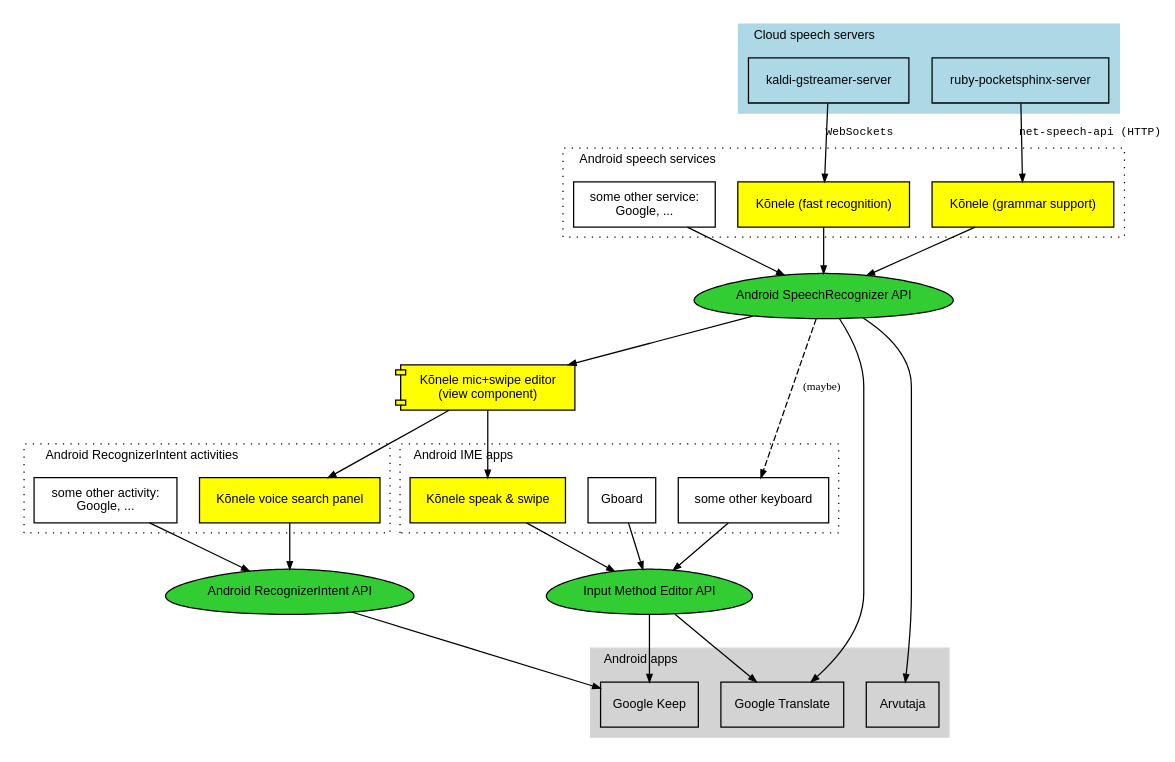
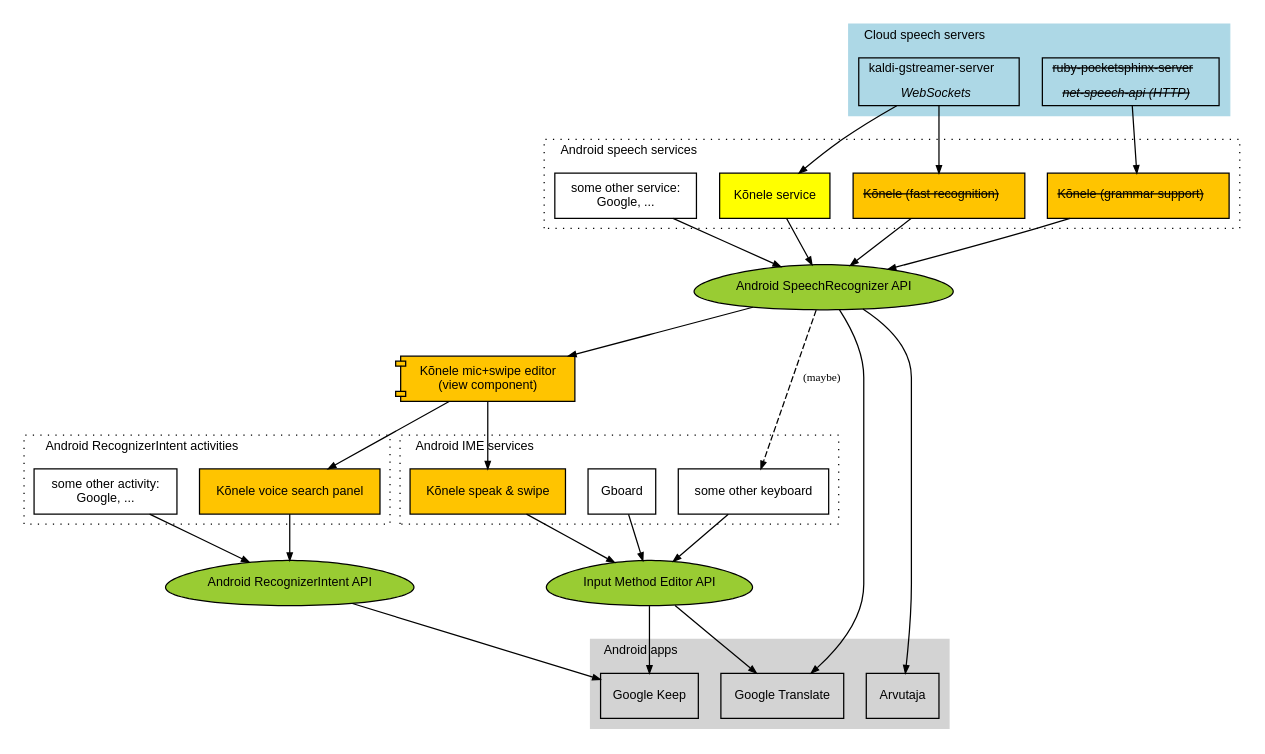
One commit to Kaljurand/K6nele changed the diagram in docs/components.dot. Above: the diagram before and after it, drawn with Graphviz. The commit also changed 2 other files, not shown here.

Commit message:
Update README + diagram with "Kõnele service"

```diff
--- a/docs/components.dot
+++ b/docs/components.dot
@@ -1,86 +1,89 @@
 /**
  *
  * @author Kaarel Kaljurand
  * @version 2015-08-29
  */
 
 digraph G {
 
     graph [style="dotted", fontsize=10 fontname="Helvetica"];
     node [shape="box", fontsize=10 fontname="Helvetica"];
     edge [arrowhead="normal", arrowsize="0.6"];
     labeljust = "l";
 
-    "Kõnele View" [label="Kõnele mic+swipe editor\n(view component)", shape="component", style="filled", fillcolor="yellow"];
+    "Kõnele View" [label="Kõnele mic+swipe editor\n(view component)", shape="component", style="filled", fillcolor="#ffc400"];
 
     subgraph cluster_0 {
         label = "Cloud speech servers";
         style = "filled";
         color = "lightblue";
-        "kaldi" [label="kaldi-gstreamer-server"];
-        "pocketsphinx" [label="ruby-pocketsphinx-server"];
+        "kaldi" [label=<kaldi-gstreamer-server<br/><br/><i>WebSockets</i>>];
+        "pocketsphinx" [label=<<s>ruby-pocketsphinx-server<br/><br/><i>net-speech-api (HTTP)</i></s>>];
     }
 
     // Services record audio, send it to the server, and make the transcription
     // available via standard Android APIs.
     // One can configure the server addresses and audio recording parameters
     // (e.g. sample rate, duration, silence detection).
     subgraph cluster_1 {
         label = "Android speech services";
         "other_service" [label="some other service:\nGoogle, ..."];
-        "Kõnele fast" [label="Kõnele (fast recognition)", style="filled", fillcolor="yellow"];
-        "Kõnele grammar" [label="Kõnele (grammar support)", style="filled", fillcolor="yellow"];
+        "Kõnele service" [label="Kõnele service", style="filled", fillcolor="yellow"];
+        "Kõnele fast" [label=<<s>Kõnele (fast recognition)</s>>, style="filled", fillcolor="#ffc400"];
+        "Kõnele grammar" [label=<<s>Kõnele (grammar support)</s>>, style="filled", fillcolor="#ffc400"];
     }
 
     // Android speech and text input APIs
-    "Android SpeechRecognizer" [label="Android SpeechRecognizer API", shape="egg", style="filled", fillcolor="limegreen"];
-    "Android RecognizerIntent" [label="Android RecognizerIntent API", shape="egg", style="filled", fillcolor="limegreen"];
-    "IME" [label="Input Method Editor API", shape="egg", style="filled", fillcolor="limegreen"];
+    "Android SpeechRecognizer" [label="Android SpeechRecognizer API", shape="egg", style="filled", fillcolor="#99cc33"];
+    "Android RecognizerIntent" [label="Android RecognizerIntent API", shape="egg", style="filled", fillcolor="#99cc33"];
+    "IME" [label="Input Method Editor API", shape="egg", style="filled", fillcolor="#99cc33"];
 
     subgraph cluster_2 {
         label = "Android RecognizerIntent activities";
         "other_activity" [label="some other activity:\nGoogle, ..."];
-        "panel" [label="Kõnele voice search panel", style="filled", fillcolor="yellow"];
+        "panel" [label="Kõnele voice search panel", style="filled", fillcolor="#ffc400"];
     }
 
     subgraph cluster_3 {
-        label = "Android IME apps";
-        "Kõnele IME" [label="Kõnele speak & swipe", style="filled", fillcolor="yellow"];
+        label = "Android IME services";
+        "Kõnele IME" [label="Kõnele speak & swipe", style="filled", fillcolor="#ffc400"];
         "Gboard" [label="Gboard"];
         "other_ime" [label="some other keyboard"];
     }
 
     subgraph cluster_4 {
         label = "Android apps";
         style = "filled";
         color = "lightgrey";
         "Google Keep";
         "Google Translate";
         "Arvutaja";
     }
 
-    "kaldi" -> "Kõnele fast" [label="WebSockets", fontsize=9, fontname="monospace"];
-    "pocketsphinx" -> "Kõnele grammar" [label="net-speech-api (HTTP)", fontsize=9, fontname="monospace"];
+    "kaldi" -> "Kõnele fast" [fontsize=9, fontname="monospace"];
+    "kaldi" -> "Kõnele service" [fontsize=9, fontname="monospace"];
+    "pocketsphinx" -> "Kõnele grammar" [fontsize=9, fontname="monospace"];
 
     // Services that implement Android SpeechRecognizer
+    "Kõnele service" -> "Android SpeechRecognizer" ;
     "Kõnele fast" -> "Android SpeechRecognizer" ;
     "Kõnele grammar" -> "Android SpeechRecognizer" ;
     "other_service" -> "Android SpeechRecognizer" ;
 
     "panel" -> "Android RecognizerIntent" ;
     "other_activity" -> "Android RecognizerIntent" ;
 
     // "other_service" -> "Gboard" ;
     "Android SpeechRecognizer" -> "Kõnele View" ;
     "Kõnele View" -> "Kõnele IME" ;
     "Kõnele View" -> "panel" ;
     "Android SpeechRecognizer" -> "Arvutaja" ;
     "Android SpeechRecognizer" -> "other_ime" [label="(maybe)", style="dashed", fontsize=9, fontname="Verdana"];
     "Android RecognizerIntent" -> "Google Keep" ;
     "Android SpeechRecognizer" -> "Google Translate" ;
     "Gboard" -> "IME";
     "Kõnele IME" -> "IME";
     "other_ime" -> "IME";
     "IME" ->"Google Keep";
     "IME" -> "Google Translate";
 }
```
